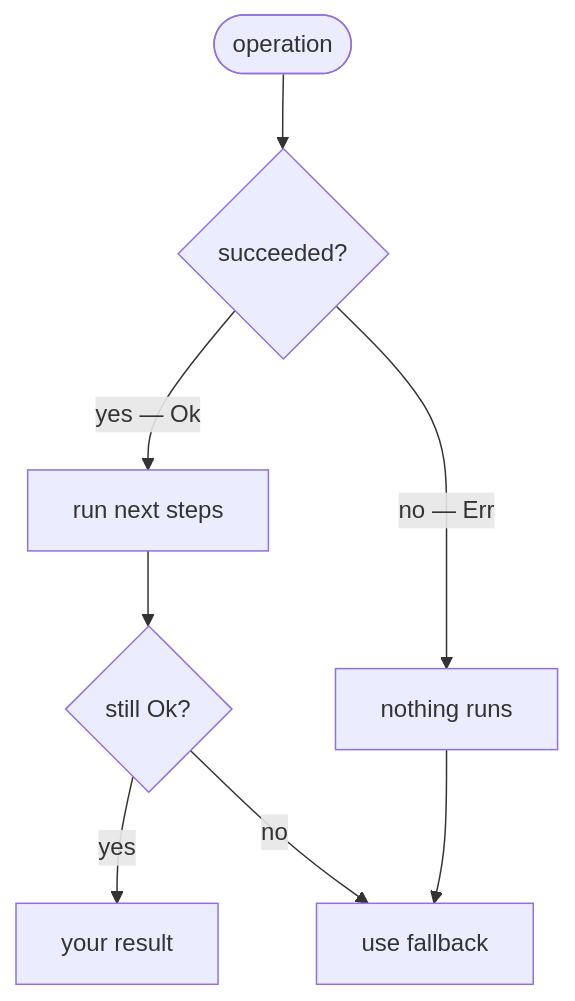
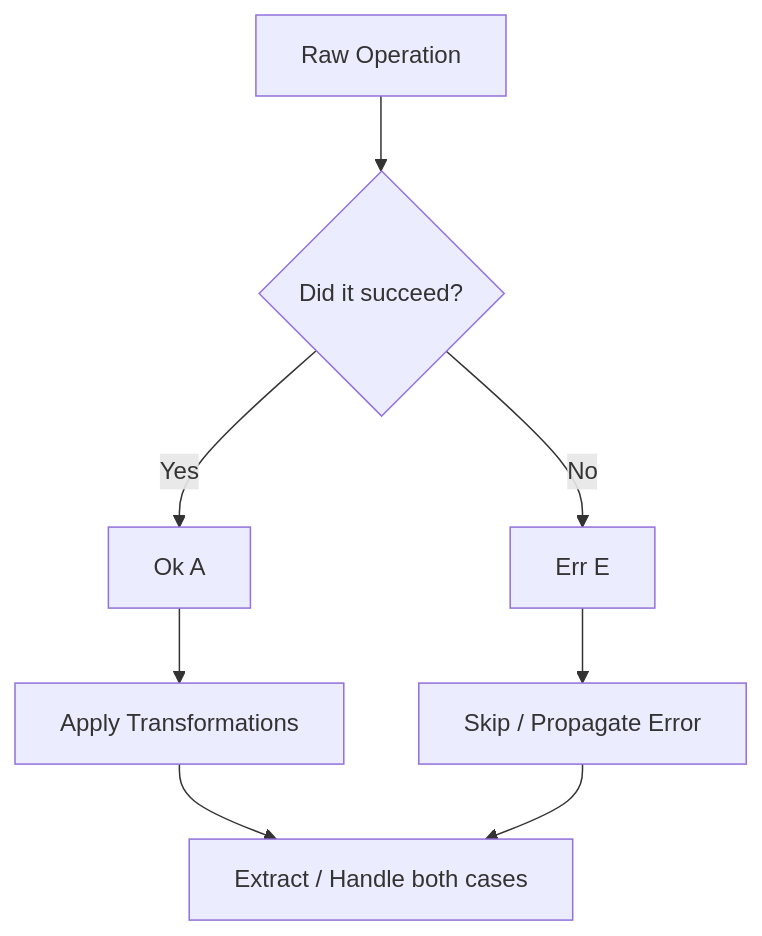
Before and after one commit to nlozgachev/pipelined: the diagram in docs/src/content/docs/guides/result.md, drawn with Mermaid. The commit also changed other lines of this file and 36 other files, not shown here.

Commit message:
docs: docs rewording, style change, better diagrams, leading with the opinionated nature of the pipelined library

````diff
--- a/docs/src/content/docs/guides/result.md
+++ b/docs/src/content/docs/guides/result.md
@@ -11,10 +21,12 @@
 ```mermaid
-flowchart TB
-  A([operation]) --> B{succeeded?}
-  B -->|"yes — Ok"| C[run next steps]
-  B -->|"no — Err"| D[nothing runs]
-  C --> E{still Ok?}
-  E -->|yes| F[your result]
-  E -->|no| G[use fallback]
-  D --> G
+flowchart TD
+    Raw[Raw Operation] --> Choice{Did it succeed?}
+    Choice -->|Yes| Ok[Ok A]
+    Choice -->|No| Err[Err E]
+
+    Ok --> Map[Apply Transformations]
+    Err --> Skip[Skip / Propagate Error]
+
+    Map --> Edge[Extract / Handle both cases]
+    Skip --> Edge
 ```
````
